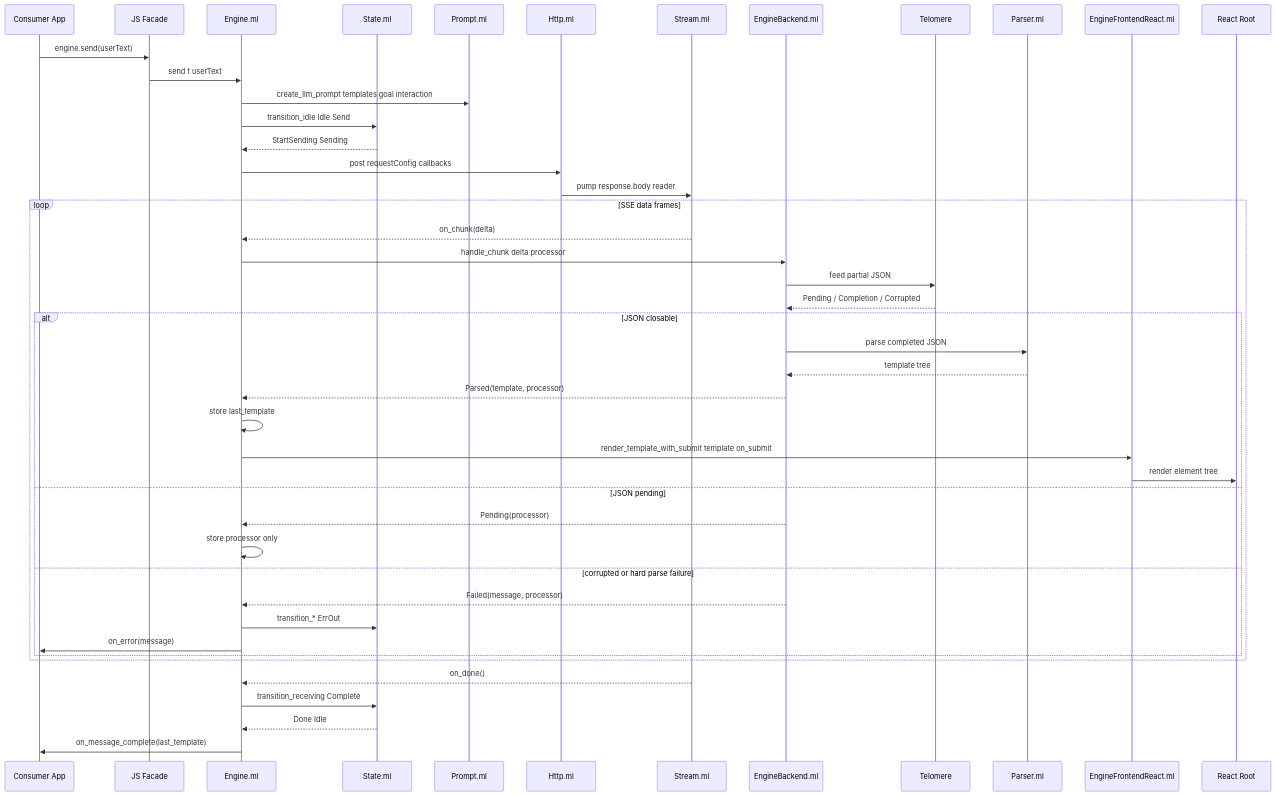
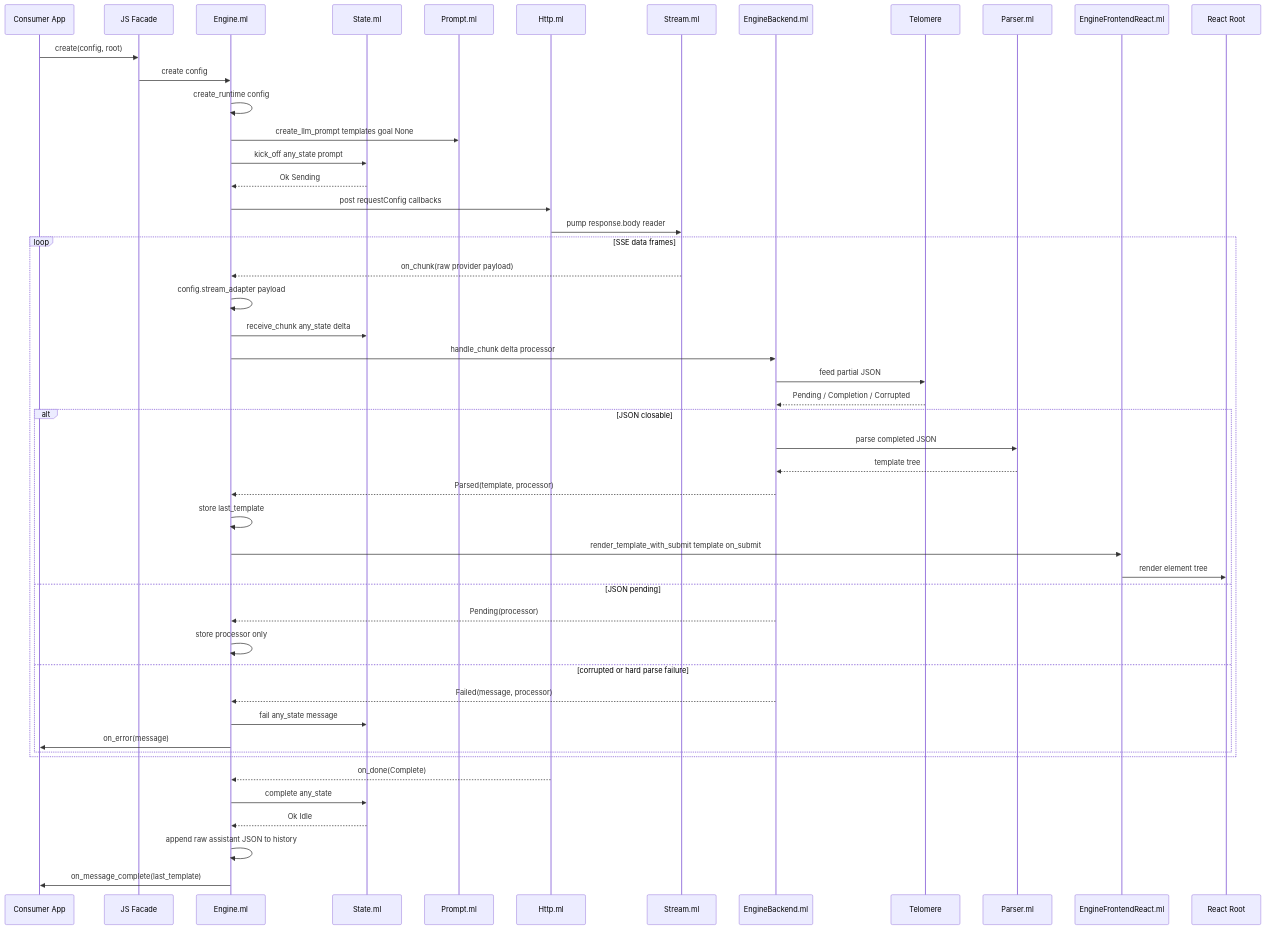
One commit to unhingingdog/ribosome-ui changed the second of 8 diagrams in architecture.md. Above: the diagram before and after it, drawn with Mermaid. The commit also changed other lines of this file and 1 other file, not shown here.

````diff
--- a/architecture.md
+++ b/architecture.md
@@ -48,50 +48,54 @@
 ```mermaid
 sequenceDiagram
   participant App as Consumer App
   participant Facade as JS Facade
   participant Engine as Engine.ml
   participant State as State.ml
   participant Prompt as Prompt.ml
   participant Http as Http.ml
   participant Stream as Stream.ml
   participant Backend as EngineBackend.ml
   participant Telomere as Telomere
   participant Parser as Parser.ml
   participant Frontend as EngineFrontendReact.ml
   participant React as React Root
 
-  App->>Facade: engine.send(userText)
-  Facade->>Engine: send t userText
-  Engine->>Prompt: create_llm_prompt templates goal interaction
-  Engine->>State: transition_idle Idle Send
-  State-->>Engine: StartSending Sending
+  App->>Facade: create(config, root)
+  Facade->>Engine: create config
+  Engine->>Engine: create_runtime config
+  Engine->>Prompt: create_llm_prompt templates goal None
+  Engine->>State: kick_off any_state prompt
+  State-->>Engine: Ok Sending
   Engine->>Http: post requestConfig callbacks
   Http->>Stream: pump response.body reader
 
   loop SSE data frames
-    Stream-->>Engine: on_chunk(delta)
+    Stream-->>Engine: on_chunk(raw provider payload)
+    Engine->>Engine: config.stream_adapter payload
+    Engine->>State: receive_chunk any_state delta
     Engine->>Backend: handle_chunk delta processor
     Backend->>Telomere: feed partial JSON
     Telomere-->>Backend: Pending / Completion / Corrupted
     alt JSON closable
       Backend->>Parser: parse completed JSON
       Parser-->>Backend: template tree
       Backend-->>Engine: Parsed(template, processor)
       Engine->>Engine: store last_template
       Engine->>Frontend: render_template_with_submit template on_submit
       Frontend->>React: render element tree
     else JSON pending
       Backend-->>Engine: Pending(processor)
       Engine->>Engine: store processor only
     else corrupted or hard parse failure
       Backend-->>Engine: Failed(message, processor)
-      Engine->>State: transition_* ErrOut
+      Engine->>State: fail any_state message
       Engine->>App: on_error(message)
     end
   end
 
-  Stream-->>Engine: on_done()
-  Engine->>State: transition_receiving Complete
-  State-->>Engine: Done Idle
+  Http-->>Engine: on_done(Complete)
+  Engine->>State: complete any_state
+  State-->>Engine: Ok Idle
+  Engine->>Engine: append raw assistant JSON to history
   Engine->>App: on_message_complete(last_template)
 ```
````
